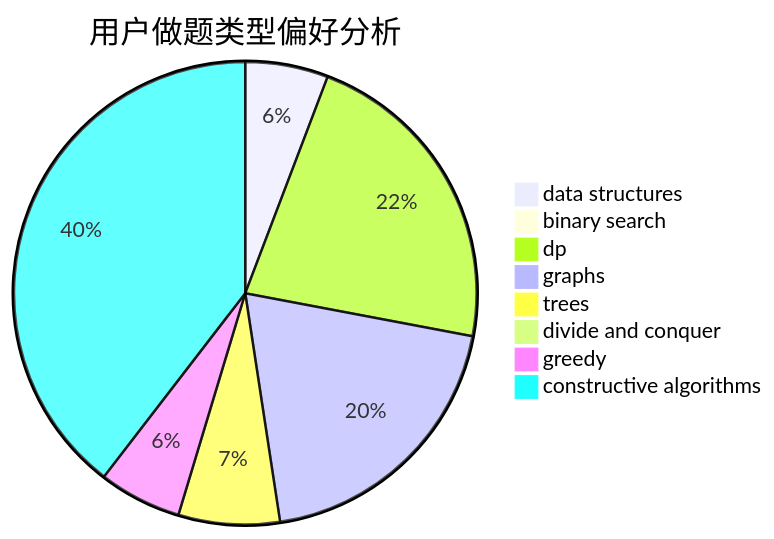
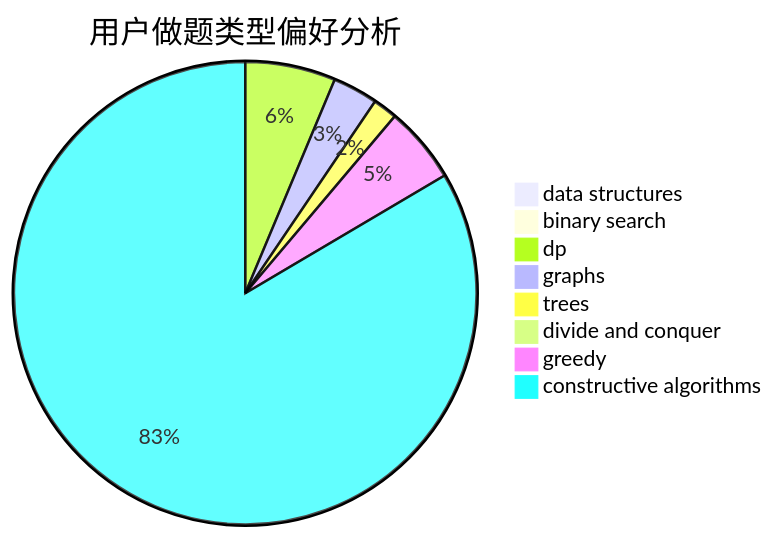
The second of 3 diagrams in docs/user/u1830.md (sherpahu/cfrs.github.io), drawn with Mermaid before and after one commit. The commit also changed other lines of this file and 2770 other files, not shown here.

````diff
--- a/docs/user/u1830.md
+++ b/docs/user/u1830.md
@@ -23,11 +23,11 @@
 ```mermaid
 pie title 用户做题类型偏好分析
-    "data structures" :  18
+    "data structures" :  2
     "binary search" :  0
-    "dp" :  69
-    "graphs" :  61
-    "trees" :  22
-    "divide and conquer" :  0
-    "greedy" :  18
-    "constructive algorithms" :  123
+    "dp" :  26
+    "graphs" :  13
+    "trees" :  7
+    "divide and conquer" :  2
+    "greedy" :  22
+    "constructive algorithms" :  344
 ```
````
